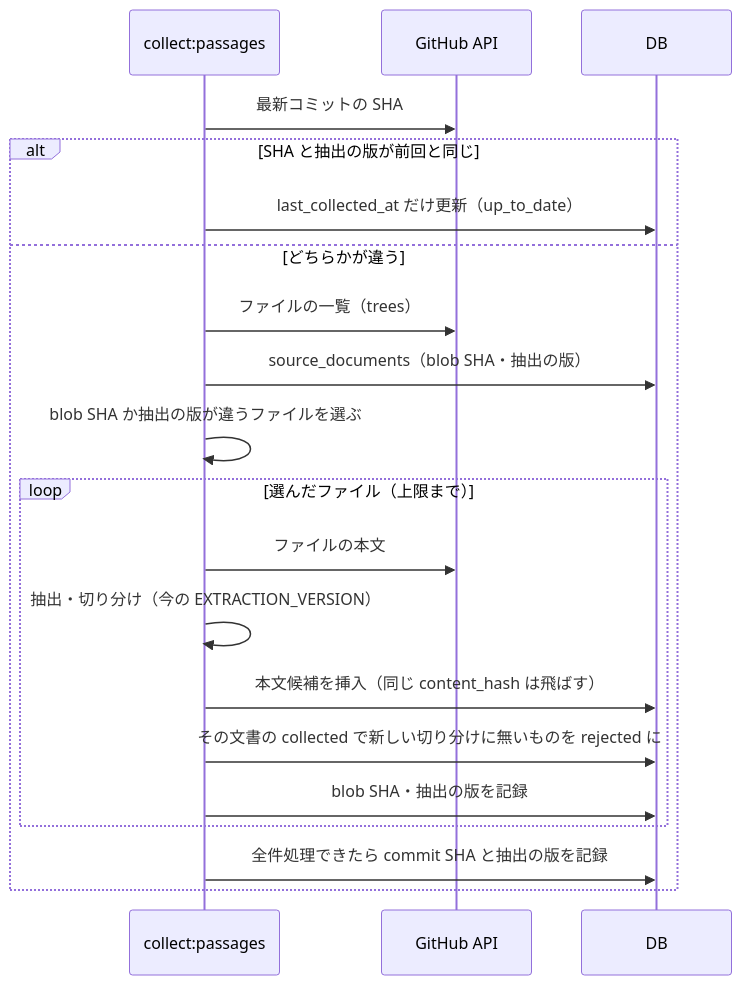
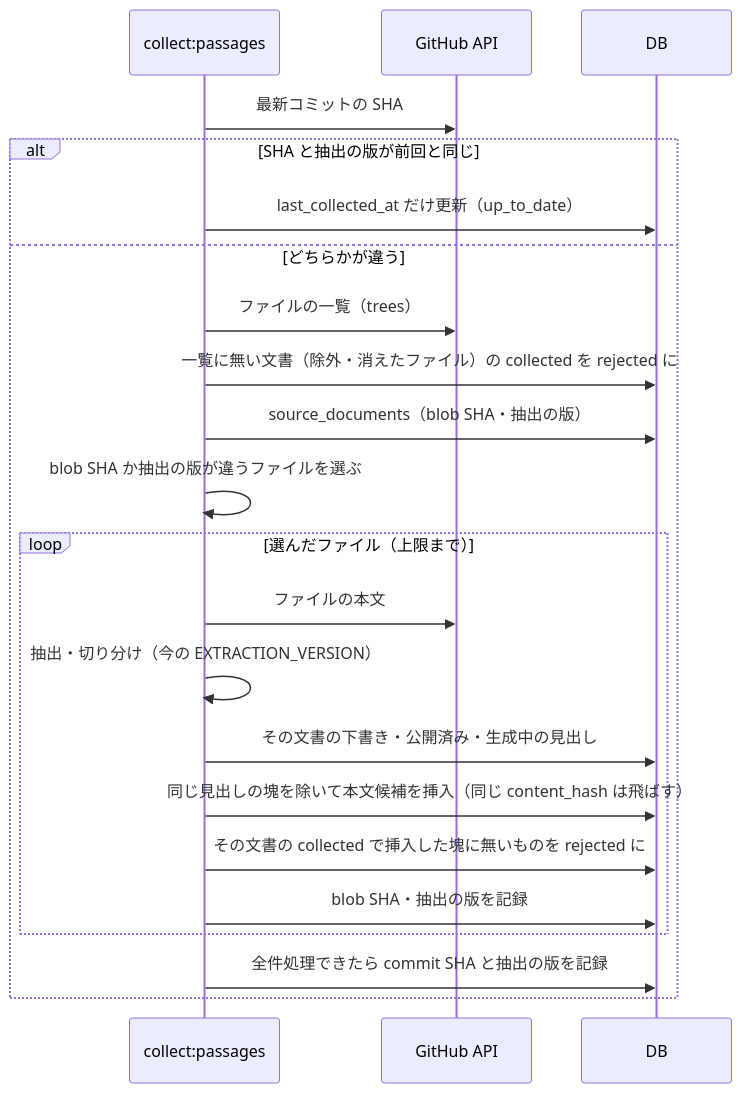
One commit to kentakki416/tech-english changed the second of 2 diagrams in docs/spec/passage-extraction-tuning/README.md. Above: the diagram before and after it, drawn with Mermaid. The commit also changed other lines of this file and 2 other files, not shown here.

````diff
--- a/docs/spec/passage-extraction-tuning/README.md
+++ b/docs/spec/passage-extraction-tuning/README.md
@@ -258,23 +300,25 @@
 ```mermaid
 sequenceDiagram
     participant Cron as collect:passages
     participant GH as GitHub API
     participant DB as DB
 
     Cron->>GH: 最新コミットの SHA
     alt SHA と抽出の版が前回と同じ
         Cron->>DB: last_collected_at だけ更新（up_to_date）
     else どちらかが違う
         Cron->>GH: ファイルの一覧（trees）
+        Cron->>DB: 一覧に無い文書（除外・消えたファイル）の collected を rejected に
         Cron->>DB: source_documents（blob SHA・抽出の版）
         Cron->>Cron: blob SHA か抽出の版が違うファイルを選ぶ
         loop 選んだファイル（上限まで）
             Cron->>GH: ファイルの本文
             Cron->>Cron: 抽出・切り分け（今の EXTRACTION_VERSION）
-            Cron->>DB: 本文候補を挿入（同じ content_hash は飛ばす）
-            Cron->>DB: その文書の collected で新しい切り分けに無いものを rejected に
+            Cron->>DB: その文書の下書き・公開済み・生成中の見出し
+            Cron->>DB: 同じ見出しの塊を除いて本文候補を挿入（同じ content_hash は飛ばす）
+            Cron->>DB: その文書の collected で挿入した塊に無いものを rejected に
             Cron->>DB: blob SHA・抽出の版を記録
         end
         Cron->>DB: 全件処理できたら commit SHA と抽出の版を記録
     end
 ```
````
